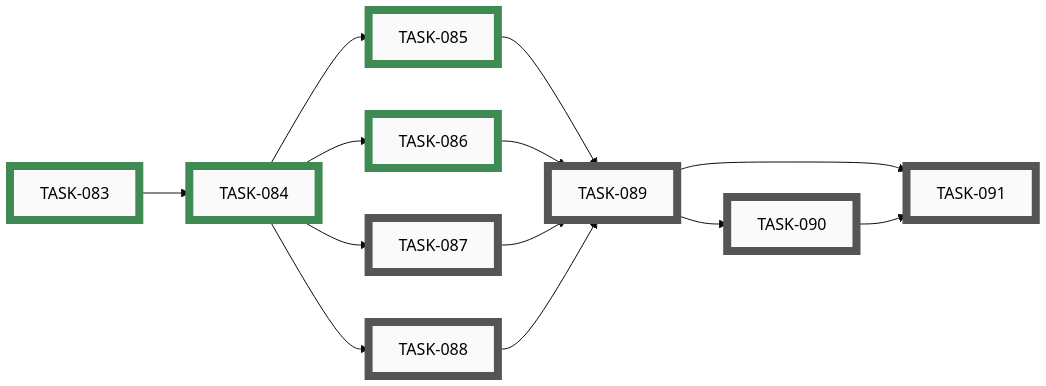
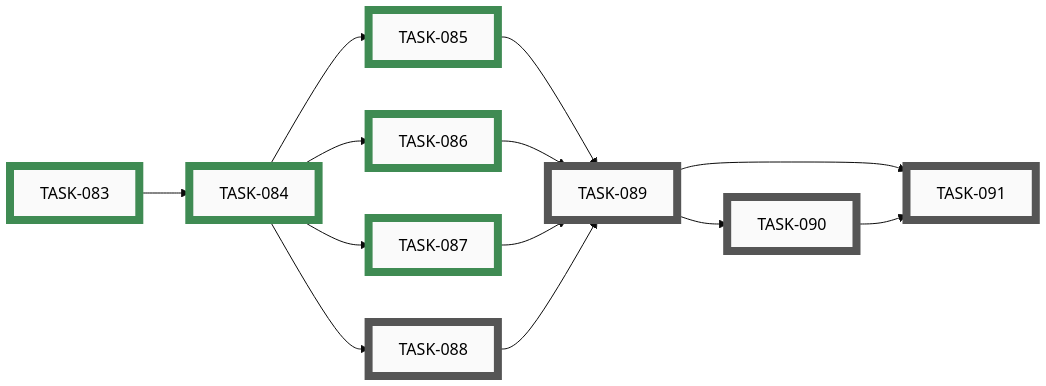
One commit to tgd1975/CircuitSmith changed diagram 11 of 15 in docs/developers/tasks/EPICS.md. Above: the diagram before and after it, drawn with Mermaid (base theme). The commit also changed other lines of this file and 6 other files, not shown here.

First line of the commit message:
close TASK-087: author the renderer and ERC-engine subsystem test plans

````diff
--- a/docs/developers/tasks/EPICS.md
+++ b/docs/developers/tasks/EPICS.md
@@ -661,41 +661,41 @@
 ```mermaid
 graph LR
-    TASK_087["TASK-087"]:::open
     TASK_088["TASK-088"]:::open
     TASK_089["TASK-089"]:::open
     TASK_090["TASK-090"]:::open
     TASK_091["TASK-091"]:::open
     TASK_083["TASK-083"]:::closed
     TASK_084["TASK-084"]:::closed
     TASK_085["TASK-085"]:::closed
     TASK_086["TASK-086"]:::closed
-    TASK_084 --> TASK_087
+    TASK_087["TASK-087"]:::closed
     TASK_084 --> TASK_088
     TASK_085 --> TASK_089
     TASK_086 --> TASK_089
     TASK_087 --> TASK_089
     TASK_088 --> TASK_089
     TASK_089 --> TASK_090
     TASK_089 --> TASK_091
     TASK_090 --> TASK_091
     TASK_083 --> TASK_084
     TASK_084 --> TASK_085
     TASK_084 --> TASK_086
-    click TASK_087 "open/task-087-document-renderer-and-erc-test-plan.md"
+    TASK_084 --> TASK_087
     click TASK_088 "open/task-088-document-exporters-orchestration-ci-test-plan.md"
     click TASK_089 "open/task-089-write-top-level-coverage-matrix.md"
     click TASK_090 "open/task-090-file-followup-tasks-for-coverage-gaps.md"
     click TASK_091 "open/task-091-ci-staleness-check-for-test-plan.md"
     click TASK_083 "closed/task-083-scaffold-testing-docs-directory.md"
     click TASK_084 "closed/task-084-inventory-existing-test-surface.md"
     click TASK_085 "closed/task-085-document-schema-and-netgraph-test-plan.md"
     click TASK_086 "closed/task-086-document-layout-and-router-test-plan.md"
+    click TASK_087 "closed/task-087-document-renderer-and-erc-test-plan.md"
     classDef open    fill:#FAFAFA,stroke:#555,stroke-width:8px,color:#000
     classDef active  fill:#FAFAFA,stroke:#1A6FA8,stroke-width:8px,color:#000
     classDef closed  fill:#FAFAFA,stroke:#3F8B53,stroke-width:8px,color:#000
     classDef paused  fill:#FAFAFA,stroke:#B07810,stroke-width:8px,color:#000
     classDef openExt    fill:#000,stroke:#888,stroke-width:8px,color:#FFF
     classDef activeExt  fill:#000,stroke:#3FA9F5,stroke-width:8px,color:#FFF
     classDef closedExt  fill:#000,stroke:#7CC68A,stroke-width:8px,color:#FFF
     classDef pausedExt  fill:#000,stroke:#F0B030,stroke-width:8px,color:#FFF
 ```
````
